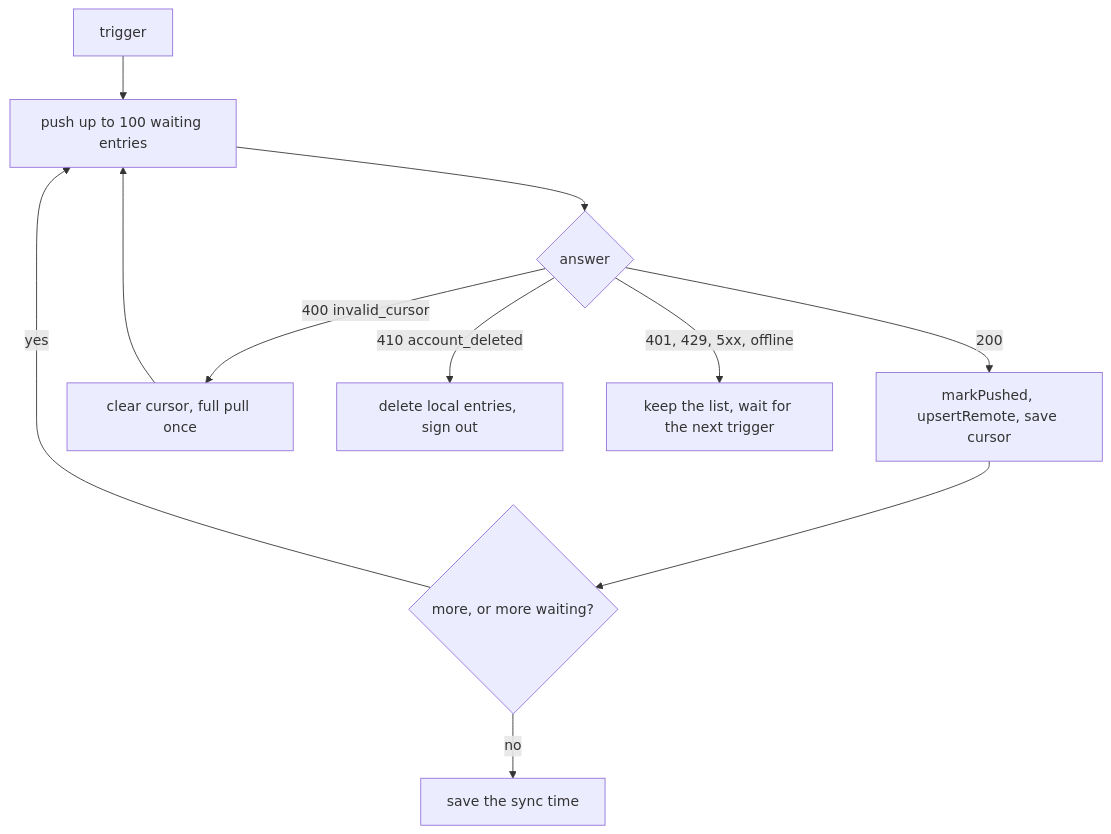
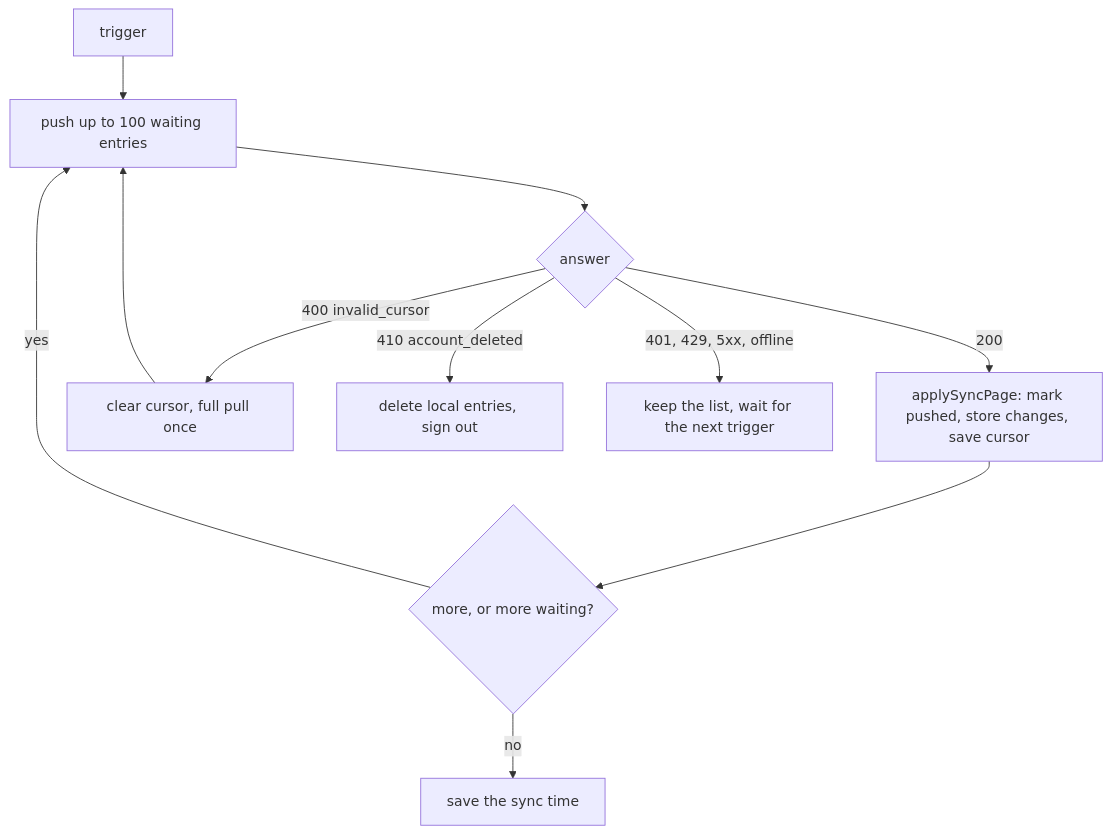
One commit to vandemaelefelix/sudoku changed the second of 3 diagrams in docs/architecture/00-concepts/history-sync.md. Above: the diagram before and after it, drawn with Mermaid. The commit also changed other lines of this file and 31 other files, not shown here.

First line of the commit message:
refactor(app): apply a sync page in the history repository (#168)

````diff
--- a/docs/architecture/00-concepts/history-sync.md
+++ b/docs/architecture/00-concepts/history-sync.md
@@ -140,13 +146,13 @@
 ```mermaid
 flowchart TD
   start["trigger"] --> push["push up to 100 waiting entries"]
   push --> answer{"answer"}
-  answer -->|"200"| store["markPushed, upsertRemote, save cursor"]
+  answer -->|"200"| store["applySyncPage: mark pushed, store changes, save cursor"]
   store --> more{"more, or more waiting?"}
   more -->|"yes"| push
   more -->|"no"| done["save the sync time"]
   answer -->|"400 invalid_cursor"| clear["clear cursor, full pull once"]
   clear --> push
   answer -->|"410 account_deleted"| gone["delete local entries, sign out"]
   answer -->|"401, 429, 5xx, offline"| quiet["keep the list, wait for the next trigger"]
 ```
````
